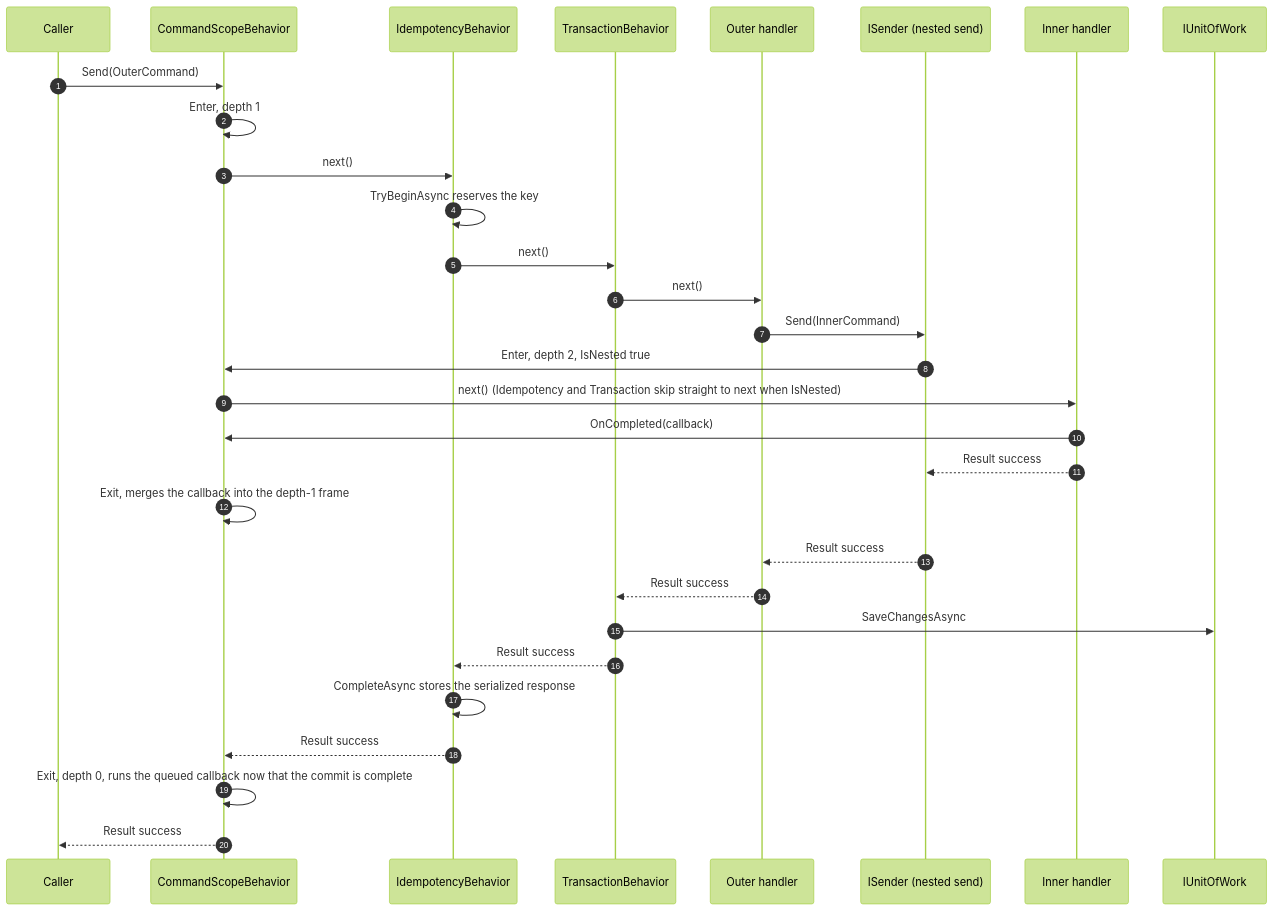
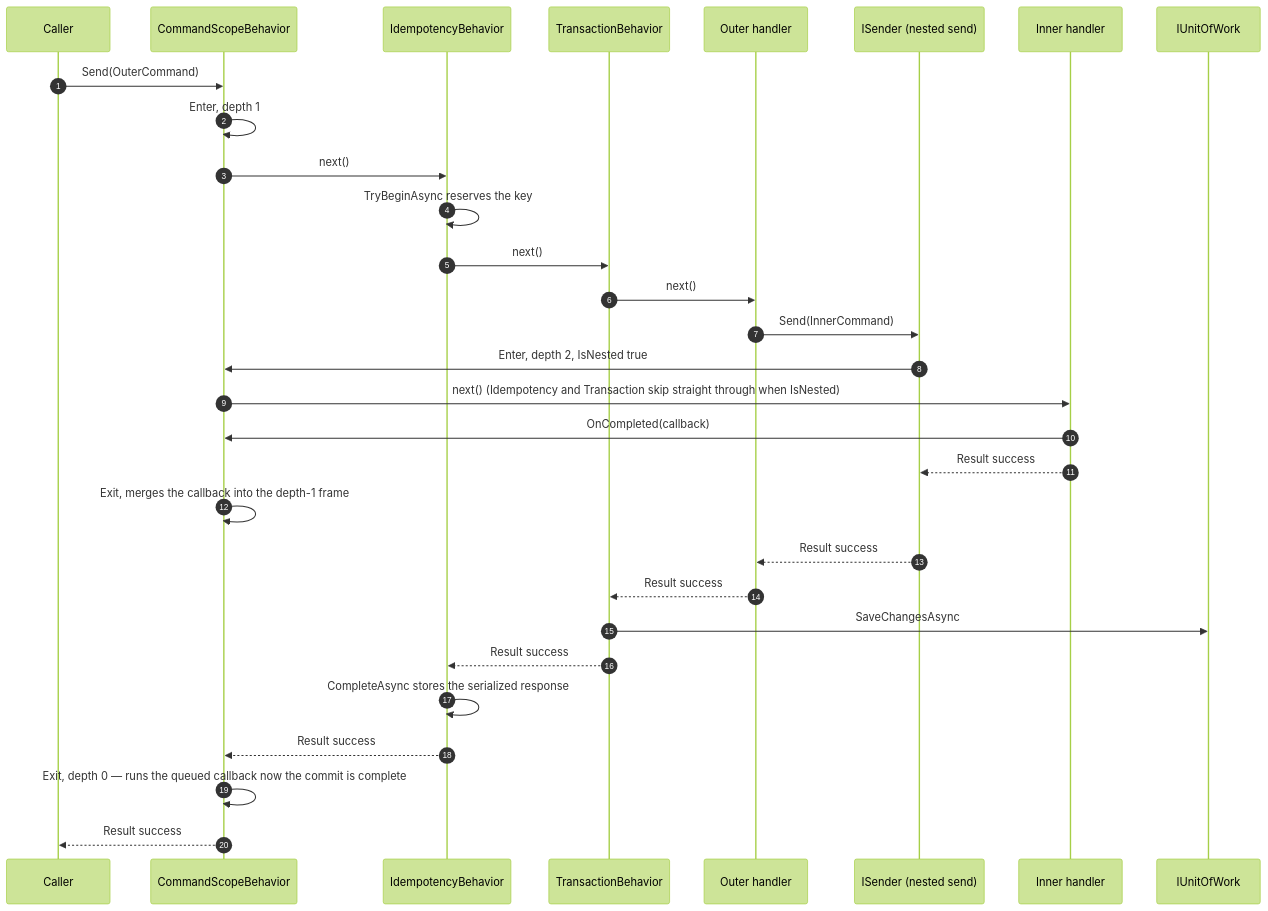
One commit to Gresta-Vertex-Labs/platform-shared-kernel changed the third of 3 diagrams in 05.Application/README.md. Above: the diagram before and after it, drawn with Mermaid (forest theme). The commit also changed other lines of this file and 43 other files, not shown here.

````diff
--- a/05.Application/README.md
+++ b/05.Application/README.md
@@ -132,33 +243,33 @@
 ```mermaid
 sequenceDiagram
     autonumber
     participant Caller
     participant Scope as CommandScopeBehavior
     participant Idem as IdempotencyBehavior
     participant Txn as TransactionBehavior
     participant H as Outer handler
     participant Sender as ISender (nested send)
     participant H2 as Inner handler
     participant UoW as IUnitOfWork
 
     Caller->>Scope: Send(OuterCommand)
     Scope->>Scope: Enter, depth 1
     Scope->>Idem: next()
     Idem->>Idem: TryBeginAsync reserves the key
     Idem->>Txn: next()
     Txn->>H: next()
     H->>Sender: Send(InnerCommand)
     Sender->>Scope: Enter, depth 2, IsNested true
-    Scope->>H2: next() (Idempotency and Transaction skip straight to next when IsNested)
+    Scope->>H2: next() (Idempotency and Transaction skip straight through when IsNested)
     H2->>Scope: OnCompleted(callback)
     H2-->>Sender: Result success
     Scope->>Scope: Exit, merges the callback into the depth-1 frame
     Sender-->>H: Result success
     H-->>Txn: Result success
     Txn->>UoW: SaveChangesAsync
     Txn-->>Idem: Result success
     Idem->>Idem: CompleteAsync stores the serialized response
     Idem-->>Scope: Result success
-    Scope->>Scope: Exit, depth 0, runs the queued callback now that the commit is complete
+    Scope->>Scope: Exit, depth 0 — runs the queued callback now the commit is complete
     Scope-->>Caller: Result success
 ```
````
